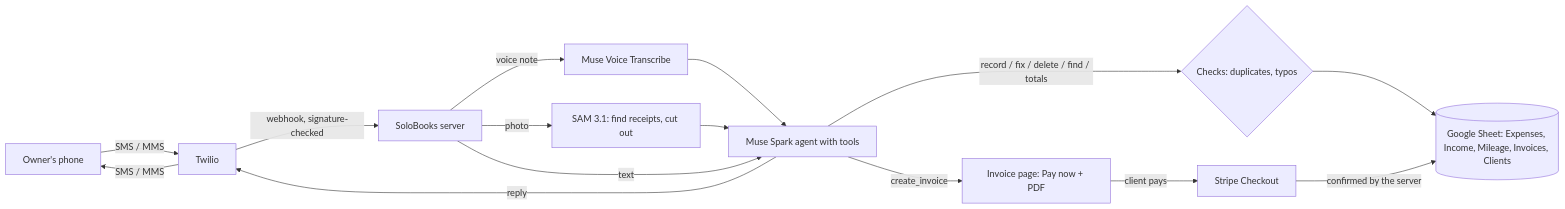
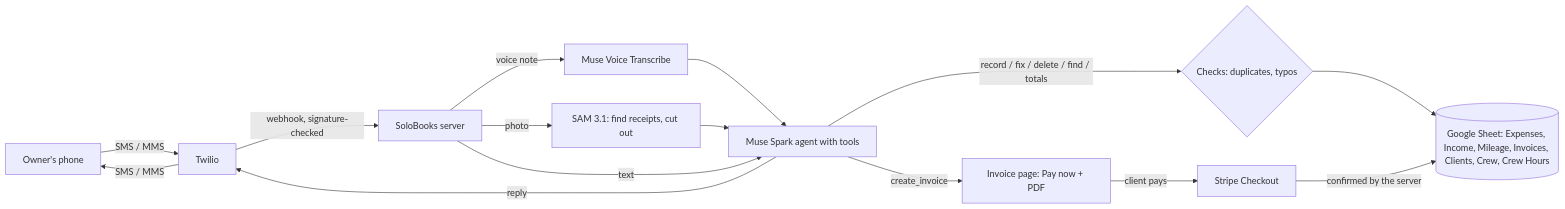
The diagram in README.md (omerincialan/solo-books-agent), drawn with Mermaid before and after one commit. The commit also changed other lines of this file and 6 other files, not shown here.

First line of the commit message:
Crew hours: date-by-person timesheet tab, crew rates, hours and pay

````diff
--- a/README.md
+++ b/README.md
@@ -73,17 +78,17 @@
 ```mermaid
 flowchart LR
     P[Owner's phone] -- SMS / MMS --> T[Twilio]
     T -- webhook, signature-checked --> S[SoloBooks server]
     S -- voice note --> V[Muse Voice Transcribe]
     S -- photo --> M[SAM 3.1: find receipts, cut out]
     V --> A
     M --> A
     S -- text --> A[Muse Spark agent with tools]
     A -- record / fix / delete / find / totals --> C{Checks: duplicates, typos}
-    C --> G[(Google Sheet: Expenses, Income, Mileage, Invoices, Clients)]
+    C --> G[(Google Sheet: Expenses, Income, Mileage, Invoices, Clients, Crew, Crew Hours)]
     A -- create_invoice --> I[Invoice page: Pay now + PDF]
     I -- client pays --> ST[Stripe Checkout]
     ST -- confirmed by the server --> G
     A -- reply --> T
     T -- SMS / MMS --> P
 ```
````
